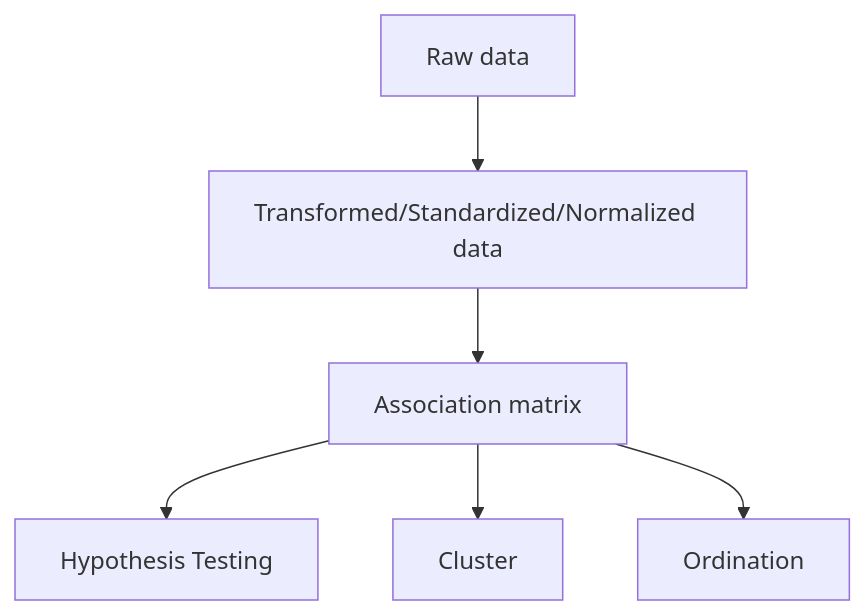
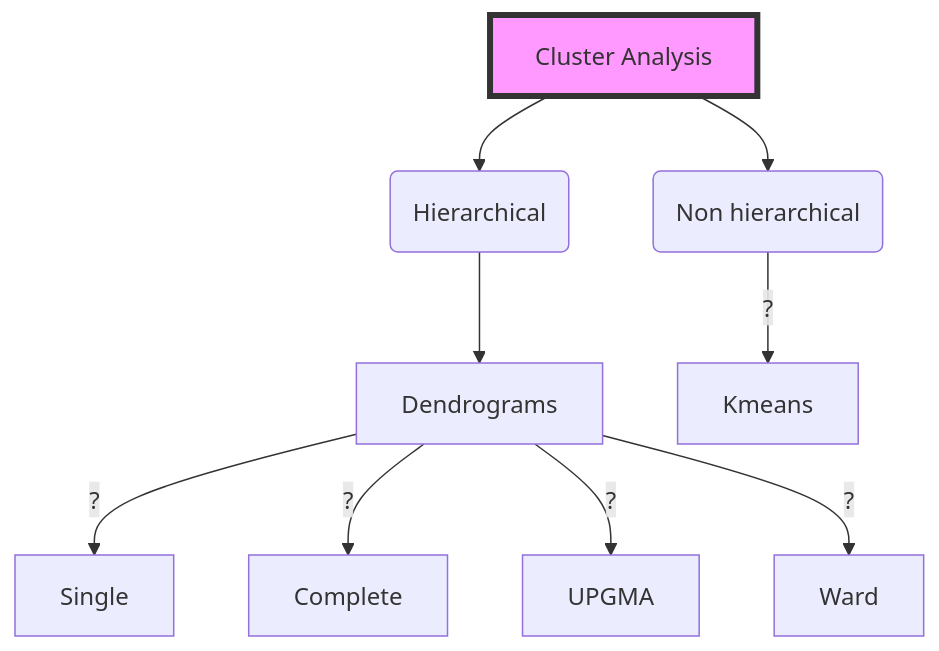
One commit to BIOSCI738/biosci738_runsheets changed the first of 2 diagrams in runsheets/runsheet_18.qmd. Above: the diagram before and after it, drawn with Mermaid. The commit also changed other lines of this file, not shown here.

Commit message:
flowcharts

````diff
--- a/runsheets/runsheet_18.qmd
+++ b/runsheets/runsheet_18.qmd
@@ -18,8 +22,12 @@
 ```{mermaid}
 flowchart TD
-    A[Raw data] --> B[Transformed/Standardized/Normalized data]
-    B --> C[Association matrix]
-    C --> D[Hypothesis Testing]
-    C --> E[Cluster]
-    C --> F[Ordination]
+    A[Cluster Analysis] --> B1(Hierarchical)
+    A --> B2(Non hierarchical)
+    B1 --> C1[Dendrograms]
+    C1 -- ? --> D1[Single]
+    C1 -- ? --> D2[Complete]
+    C1 -- ? --> D3[UPGMA]
+    C1 -- ? --> D4[Ward]
+    B2 -- ? --> E1[Kmeans]
+    style A fill:#f9f,stroke:#333,stroke-width:4px
 ```
````
